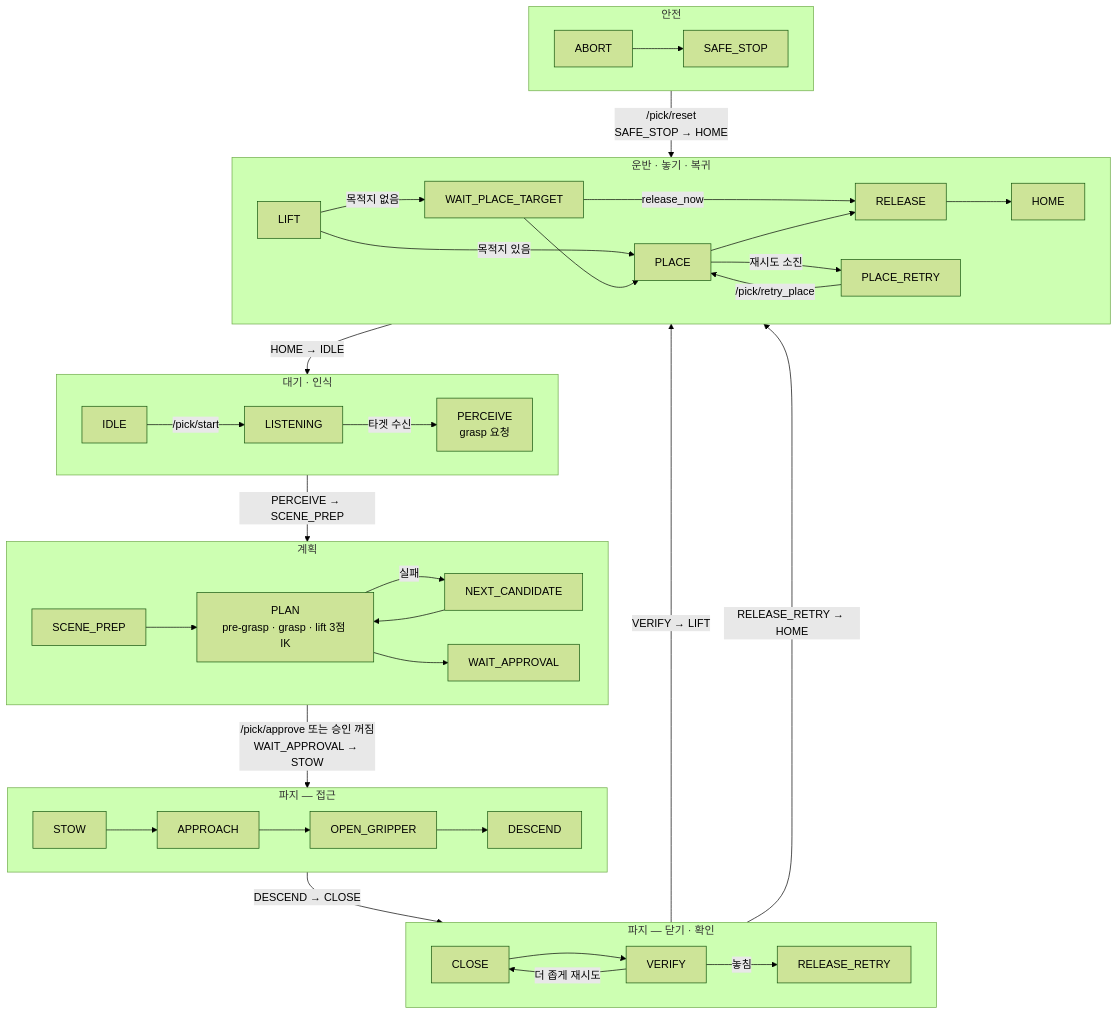
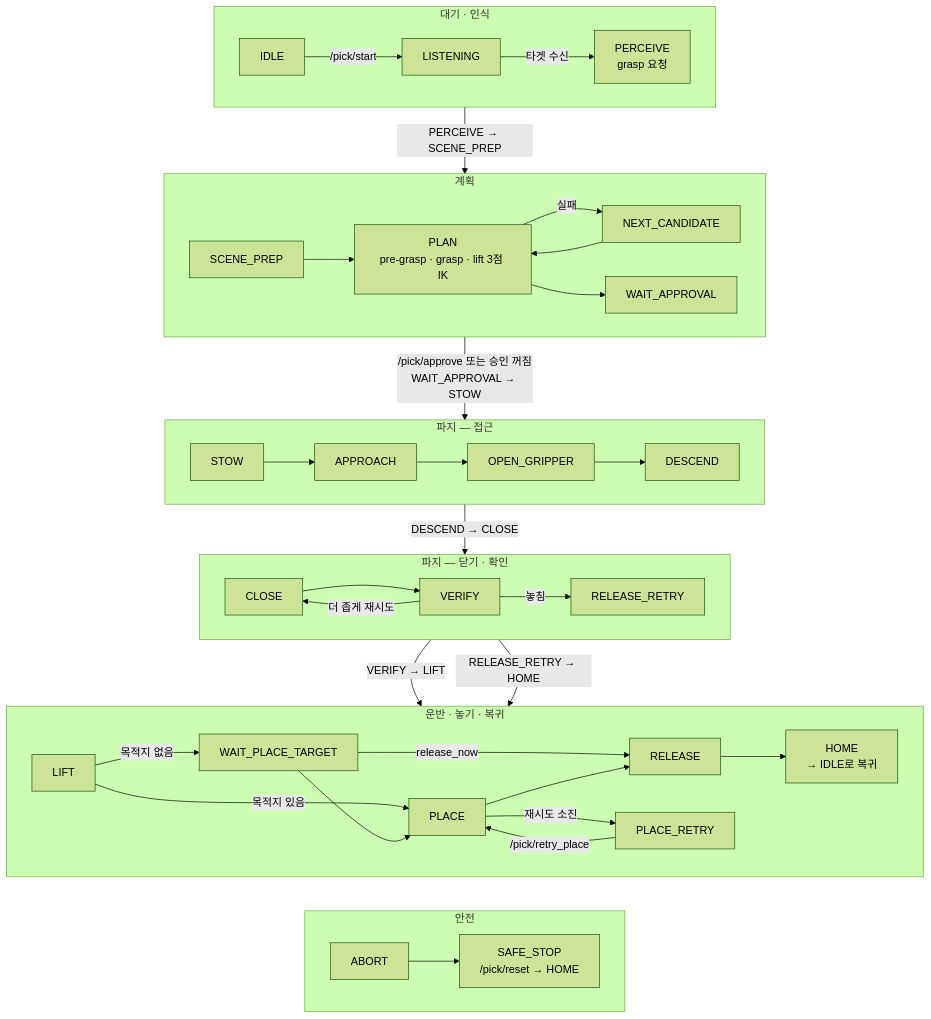
Before and after one commit to gwanhuiGIM/Rokey_cobot2: the second of 2 diagrams in README.md, drawn with Mermaid (forest theme).

Commit message:
README: 상태 흐름도 묶음 순서 뒤집힘 수정(되돌아가는 전이를 노드 라벨로)

````diff
--- a/README.md
+++ b/README.md
@@ -191,42 +191,41 @@
 ```mermaid
 flowchart TB
     subgraph G1["대기 · 인식"]
         direction LR
         IDLE -->|/pick/start| LISTENING -->|타겟 수신| PERCEIVE["PERCEIVE<br/>grasp 요청"]
     end
     subgraph G2["계획"]
         direction LR
         SCENE_PREP --> PLAN["PLAN<br/>pre-grasp · grasp · lift 3점 IK"]
         PLAN -->|실패| NEXT_CANDIDATE --> PLAN
         PLAN --> WAIT_APPROVAL
     end
     subgraph G3["파지 — 접근"]
         direction LR
         STOW --> APPROACH --> OPEN_GRIPPER --> DESCEND
     end
     subgraph G3B["파지 — 닫기 · 확인"]
         direction LR
         CLOSE --> VERIFY
         VERIFY -->|더 좁게 재시도| CLOSE
         VERIFY -->|놓침| RELEASE_RETRY
     end
     subgraph G4["운반 · 놓기 · 복귀"]
         direction LR
         LIFT -->|목적지 있음| PLACE
         LIFT -->|목적지 없음| WAIT_PLACE_TARGET --> PLACE
         WAIT_PLACE_TARGET -->|release_now| RELEASE
         PLACE -->|재시도 소진| PLACE_RETRY -->|/pick/retry_place| PLACE
-        PLACE --> RELEASE --> HOME
+        PLACE --> RELEASE --> HOME["HOME<br/>→ IDLE로 복귀"]
     end
     subgraph G5["안전"]
         direction LR
-        ABORT --> SAFE_STOP
+        ABORT --> SAFE_STOP["SAFE_STOP<br/>/pick/reset → HOME"]
     end
     G1 -->|"PERCEIVE → SCENE_PREP"| G2
     G2 -->|"/pick/approve 또는 승인 꺼짐<br/>WAIT_APPROVAL → STOW"| G3
     G3 -->|"DESCEND → CLOSE"| G3B
     G3B -->|"VERIFY → LIFT"| G4
     G3B -->|"RELEASE_RETRY → HOME"| G4
-    G5 -->|"/pick/reset<br/>SAFE_STOP → HOME"| G4
-    G4 -->|"HOME → IDLE"| G1
+    G4 ~~~ G5
 ```
````
